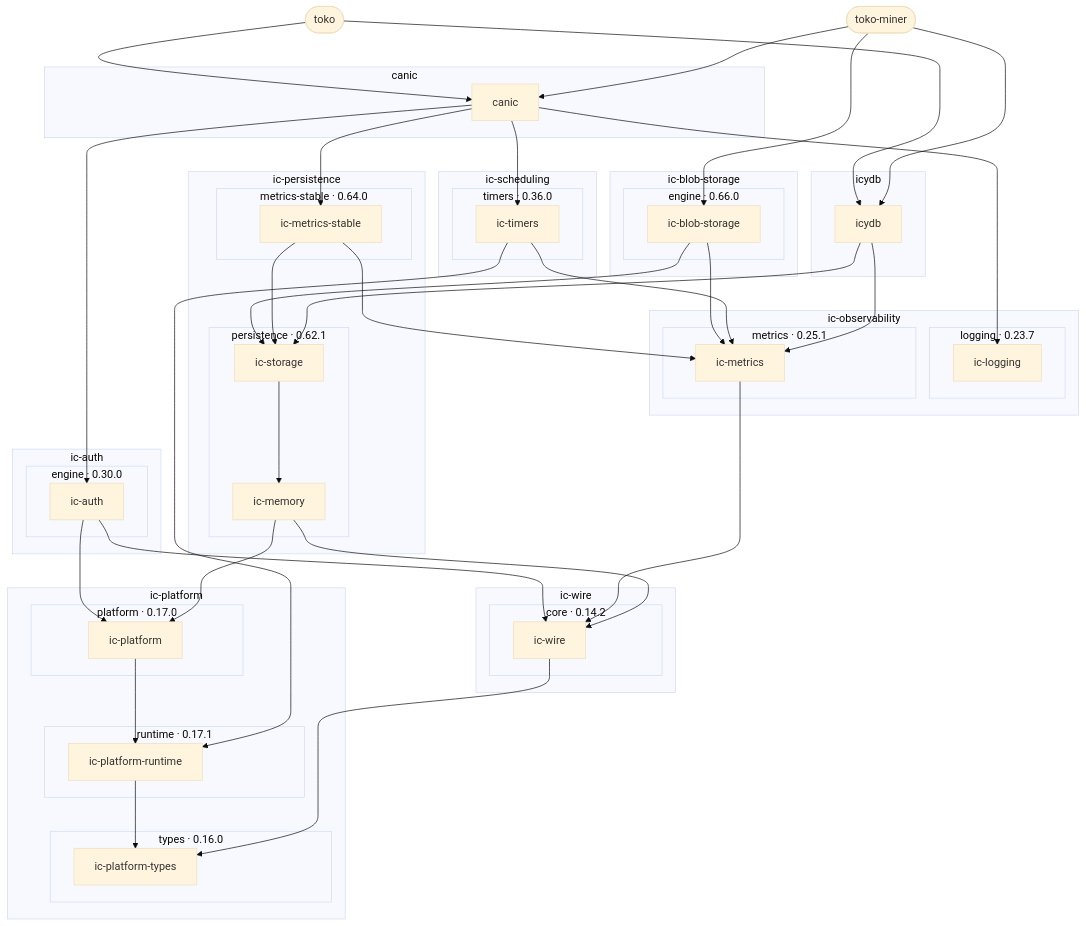
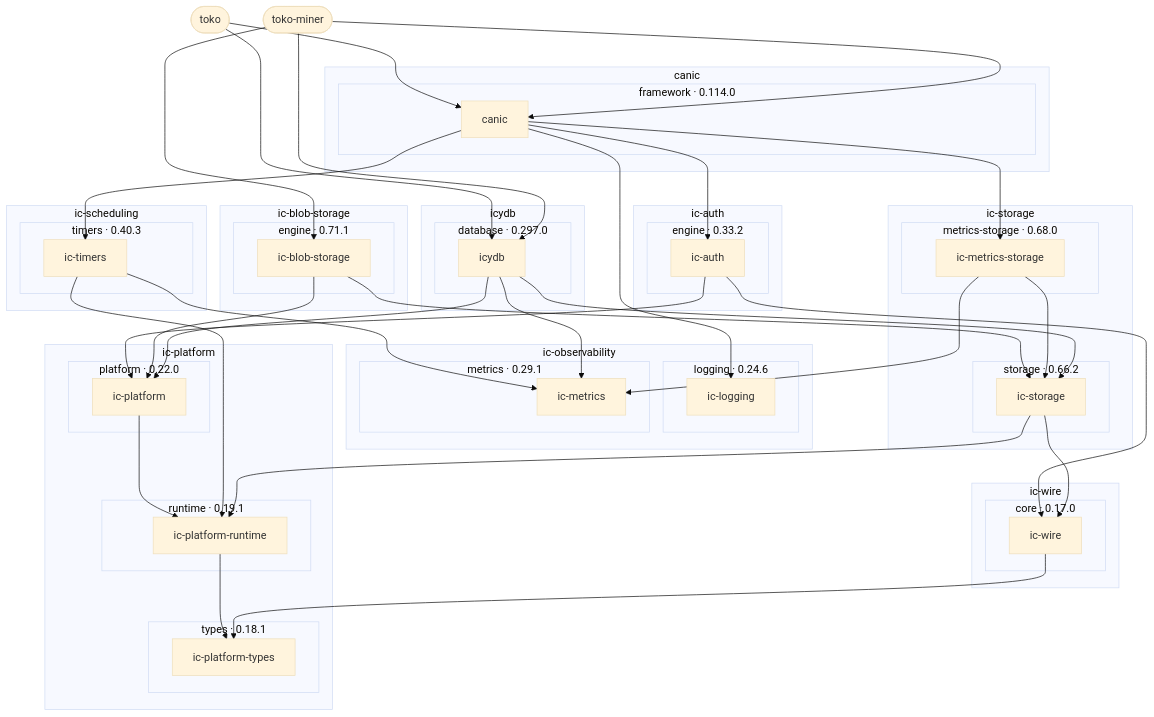
Before and after one commit to dragginzgame/shared-tooling: the diagram in README.md, drawn with Mermaid (base theme). The commit also changed 14 other files, not shown here.

````diff
--- a/README.md
+++ b/README.md
@@ -37,58 +37,61 @@
     p_app_3atoko(["toko"])
     p_app_3atoko_2dminer(["toko-miner"])
     subgraph p_repo_3acanic["canic"]
-        p_canic_7ccargo_3acanic["canic"]
+        subgraph p_group_3acanic_7cframework["framework · 0.114.0"]
+            p_canic_7ccargo_3acanic["canic"]
+        end
     end
     subgraph p_repo_3aic_2dauth["ic-auth"]
-        subgraph p_group_3aic_2dauth_7cengine["engine · 0.30.0"]
+        subgraph p_group_3aic_2dauth_7cengine["engine · 0.33.2"]
             p_ic_2dauth_7ccargo_3aic_2dauth["ic-auth"]
         end
     end
     subgraph p_repo_3aic_2dblob_2dstorage["ic-blob-storage"]
-        subgraph p_group_3aic_2dblob_2dstorage_7cengine["engine · 0.66.0"]
+        subgraph p_group_3aic_2dblob_2dstorage_7cengine["engine · 0.71.1"]
             p_ic_2dblob_2dstorage_7ccargo_3aic_2dblob_2dstorage["ic-blob-storage"]
         end
     end
     subgraph p_repo_3aic_2dobservability["ic-observability"]
-        subgraph p_group_3aic_2dobservability_7clogging["logging · 0.23.7"]
+        subgraph p_group_3aic_2dobservability_7clogging["logging · 0.24.6"]
             p_ic_2dobservability_7ccargo_3aic_2dlogging["ic-logging"]
         end
-        subgraph p_group_3aic_2dobservability_7cmetrics["metrics · 0.25.1"]
+        subgraph p_group_3aic_2dobservability_7cmetrics["metrics · 0.29.1"]
             p_ic_2dobservability_7ccargo_3aic_2dmetrics["ic-metrics"]
         end
     end
-    subgraph p_repo_3aic_2dpersistence["ic-persistence"]
-        subgraph p_group_3aic_2dpersistence_7cmetrics_2dstable["metrics-stable · 0.64.0"]
-            p_ic_2dpersistence_7ccargo_3aic_2dmetrics_2dstable["ic-metrics-stable"]
-        end
-        subgraph p_group_3aic_2dpersistence_7cpersistence["persistence · 0.62.1"]
-            p_ic_2dpersistence_7ccargo_3aic_2dmemory["ic-memory"]
-            p_ic_2dpersistence_7ccargo_3aic_2dstorage["ic-storage"]
-        end
-    end
     subgraph p_repo_3aic_2dplatform["ic-platform"]
-        subgraph p_group_3aic_2dplatform_7cplatform["platform · 0.17.0"]
+        subgraph p_group_3aic_2dplatform_7cplatform["platform · 0.22.0"]
             p_ic_2dplatform_7ccargo_3aic_2dplatform["ic-platform"]
         end
-        subgraph p_group_3aic_2dplatform_7cruntime["runtime · 0.17.1"]
+        subgraph p_group_3aic_2dplatform_7cruntime["runtime · 0.19.1"]
             p_ic_2dplatform_7ccargo_3aic_2dplatform_2druntime["ic-platform-runtime"]
         end
-        subgraph p_group_3aic_2dplatform_7ctypes["types · 0.16.0"]
+        subgraph p_group_3aic_2dplatform_7ctypes["types · 0.18.1"]
             p_ic_2dplatform_7ccargo_3aic_2dplatform_2dtypes["ic-platform-types"]
         end
     end
     subgraph p_repo_3aic_2dscheduling["ic-scheduling"]
-        subgraph p_group_3aic_2dscheduling_7ctimers["timers · 0.36.0"]
+        subgraph p_group_3aic_2dscheduling_7ctimers["timers · 0.40.3"]
             p_ic_2dscheduling_7ccargo_3aic_2dtimers["ic-timers"]
         end
     end
+    subgraph p_repo_3aic_2dstorage["ic-storage"]
+        subgraph p_group_3aic_2dstorage_7cmetrics_2dstorage["metrics-storage · 0.68.0"]
+            p_ic_2dstorage_7ccargo_3aic_2dmetrics_2dstorage["ic-metrics-storage"]
+        end
+        subgraph p_group_3aic_2dstorage_7cstorage["storage · 0.66.2"]
+            p_ic_2dstorage_7ccargo_3aic_2dstorage["ic-storage"]
+        end
+    end
     subgraph p_repo_3aic_2dwire["ic-wire"]
-        subgraph p_group_3aic_2dwire_7ccore["core · 0.14.2"]
+        subgraph p_group_3aic_2dwire_7ccore["core · 0.17.0"]
             p_ic_2dwire_7ccargo_3aic_2dwire["ic-wire"]
         end
     end
     subgraph p_repo_3aicydb["icydb"]
-        p_icydb_7ccargo_3aicydb["icydb"]
+        subgraph p_group_3aicydb_7cdatabase["database · 0.297.0"]
+            p_icydb_7ccargo_3aicydb["icydb"]
+        end
     end
     p_app_3atoko --> p_canic_7ccargo_3acanic
     p_app_3atoko --> p_icydb_7ccargo_3aicydb
@@ -97,23 +100,22 @@
     p_app_3atoko_2dminer --> p_icydb_7ccargo_3aicydb
     p_canic_7ccargo_3acanic --> p_ic_2dauth_7ccargo_3aic_2dauth
     p_canic_7ccargo_3acanic --> p_ic_2dobservability_7ccargo_3aic_2dlogging
-    p_canic_7ccargo_3acanic --> p_ic_2dpersistence_7ccargo_3aic_2dmetrics_2dstable
     p_canic_7ccargo_3acanic --> p_ic_2dscheduling_7ccargo_3aic_2dtimers
+    p_canic_7ccargo_3acanic --> p_ic_2dstorage_7ccargo_3aic_2dmetrics_2dstorage
     p_ic_2dauth_7ccargo_3aic_2dauth --> p_ic_2dplatform_7ccargo_3aic_2dplatform
     p_ic_2dauth_7ccargo_3aic_2dauth --> p_ic_2dwire_7ccargo_3aic_2dwire
-    p_ic_2dblob_2dstorage_7ccargo_3aic_2dblob_2dstorage --> p_ic_2dobservability_7ccargo_3aic_2dmetrics
-    p_ic_2dblob_2dstorage_7ccargo_3aic_2dblob_2dstorage --> p_ic_2dpersistence_7ccargo_3aic_2dstorage
-    p_ic_2dobservability_7ccargo_3aic_2dmetrics --> p_ic_2dwire_7ccargo_3aic_2dwire
-    p_ic_2dpersistence_7ccargo_3aic_2dmemory --> p_ic_2dplatform_7ccargo_3aic_2dplatform
-    p_ic_2dpersistence_7ccargo_3aic_2dmemory --> p_ic_2dwire_7ccargo_3aic_2dwire
-    p_ic_2dpersistence_7ccargo_3aic_2dmetrics_2dstable --> p_ic_2dobservability_7ccargo_3aic_2dmetrics
-    p_ic_2dpersistence_7ccargo_3aic_2dmetrics_2dstable --> p_ic_2dpersistence_7ccargo_3aic_2dstorage
-    p_ic_2dpersistence_7ccargo_3aic_2dstorage --> p_ic_2dpersistence_7ccargo_3aic_2dmemory
+    p_ic_2dblob_2dstorage_7ccargo_3aic_2dblob_2dstorage --> p_ic_2dplatform_7ccargo_3aic_2dplatform
+    p_ic_2dblob_2dstorage_7ccargo_3aic_2dblob_2dstorage --> p_ic_2dstorage_7ccargo_3aic_2dstorage
     p_ic_2dplatform_7ccargo_3aic_2dplatform --> p_ic_2dplatform_7ccargo_3aic_2dplatform_2druntime
     p_ic_2dplatform_7ccargo_3aic_2dplatform_2druntime --> p_ic_2dplatform_7ccargo_3aic_2dplatform_2dtypes
     p_ic_2dscheduling_7ccargo_3aic_2dtimers --> p_ic_2dobservability_7ccargo_3aic_2dmetrics
     p_ic_2dscheduling_7ccargo_3aic_2dtimers --> p_ic_2dplatform_7ccargo_3aic_2dplatform_2druntime
+    p_ic_2dstorage_7ccargo_3aic_2dmetrics_2dstorage --> p_ic_2dobservability_7ccargo_3aic_2dmetrics
+    p_ic_2dstorage_7ccargo_3aic_2dmetrics_2dstorage --> p_ic_2dstorage_7ccargo_3aic_2dstorage
+    p_ic_2dstorage_7ccargo_3aic_2dstorage --> p_ic_2dplatform_7ccargo_3aic_2dplatform_2druntime
+    p_ic_2dstorage_7ccargo_3aic_2dstorage --> p_ic_2dwire_7ccargo_3aic_2dwire
     p_ic_2dwire_7ccargo_3aic_2dwire --> p_ic_2dplatform_7ccargo_3aic_2dplatform_2dtypes
     p_icydb_7ccargo_3aicydb --> p_ic_2dobservability_7ccargo_3aic_2dmetrics
-    p_icydb_7ccargo_3aicydb --> p_ic_2dpersistence_7ccargo_3aic_2dstorage
+    p_icydb_7ccargo_3aicydb --> p_ic_2dplatform_7ccargo_3aic_2dplatform
+    p_icydb_7ccargo_3aicydb --> p_ic_2dstorage_7ccargo_3aic_2dstorage
 ```
````
